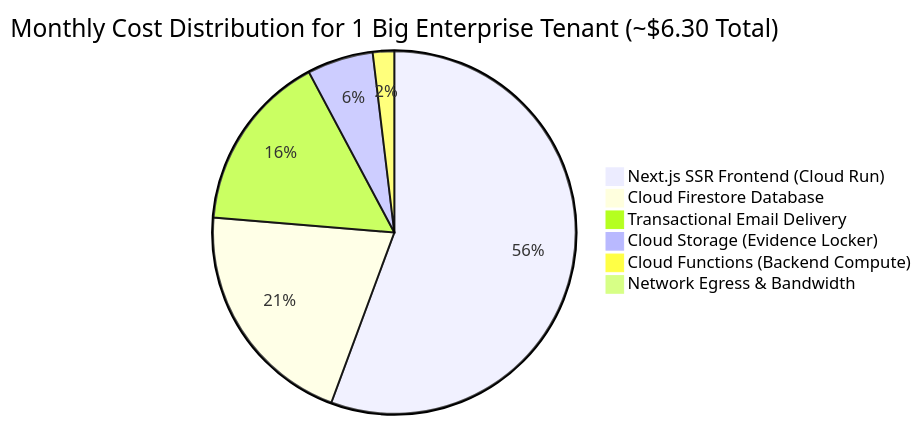
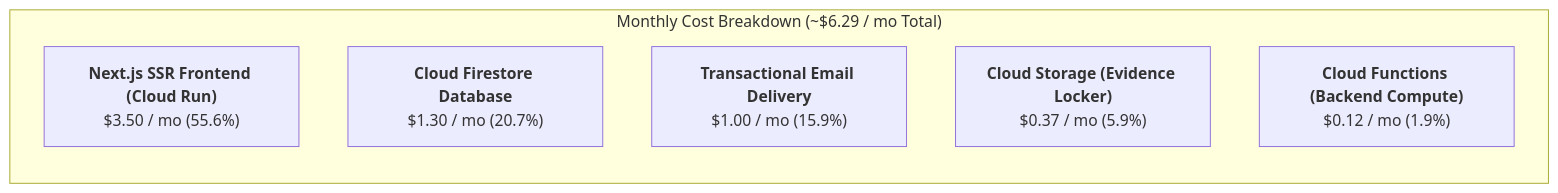
Before and after one commit to remy99c/euroGovernance: the diagram in docs/RUNNING_COSTS_AND_FINANCIAL_OPTIMIZATION_GUIDE.md, drawn with Mermaid.

Commit message:
fix(docs): replace unsupported mermaid pie chart with valid graph LR syntax

````diff
--- a/docs/RUNNING_COSTS_AND_FINANCIAL_OPTIMIZATION_GUIDE.md
+++ b/docs/RUNNING_COSTS_AND_FINANCIAL_OPTIMIZATION_GUIDE.md
@@ -33,9 +33,11 @@
 ```mermaid
-pie title Monthly Cost Distribution for 1 Big Enterprise Tenant (~$6.30 Total)
-    "Next.js SSR Frontend (Cloud Run)" : 3.50
-    "Cloud Firestore Database" : 1.30
-    "Transactional Email Delivery" : 1.00
-    "Cloud Storage (Evidence Locker)" : 0.37
-    "Cloud Functions (Backend Compute)" : 0.12
-    "Network Egress & Bandwidth" : 0.01
+graph LR
+    subgraph TotalCost ["Monthly Cost Breakdown (~$6.29 / mo Total)"]
+        direction TB
+        SSR["<b>Next.js SSR Frontend (Cloud Run)</b><br>$3.50 / mo (55.6%)"]
+        DB["<b>Cloud Firestore Database</b><br>$1.30 / mo (20.7%)"]
+        MAIL["<b>Transactional Email Delivery</b><br>$1.00 / mo (15.9%)"]
+        GCS["<b>Cloud Storage (Evidence Locker)</b><br>$0.37 / mo (5.9%)"]
+        FN["<b>Cloud Functions (Backend Compute)</b><br>$0.12 / mo (1.9%)"]
+    end
 ```
````
